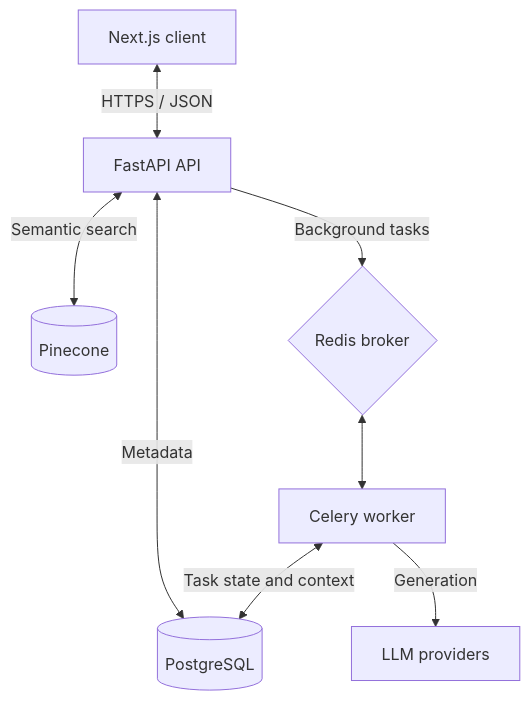
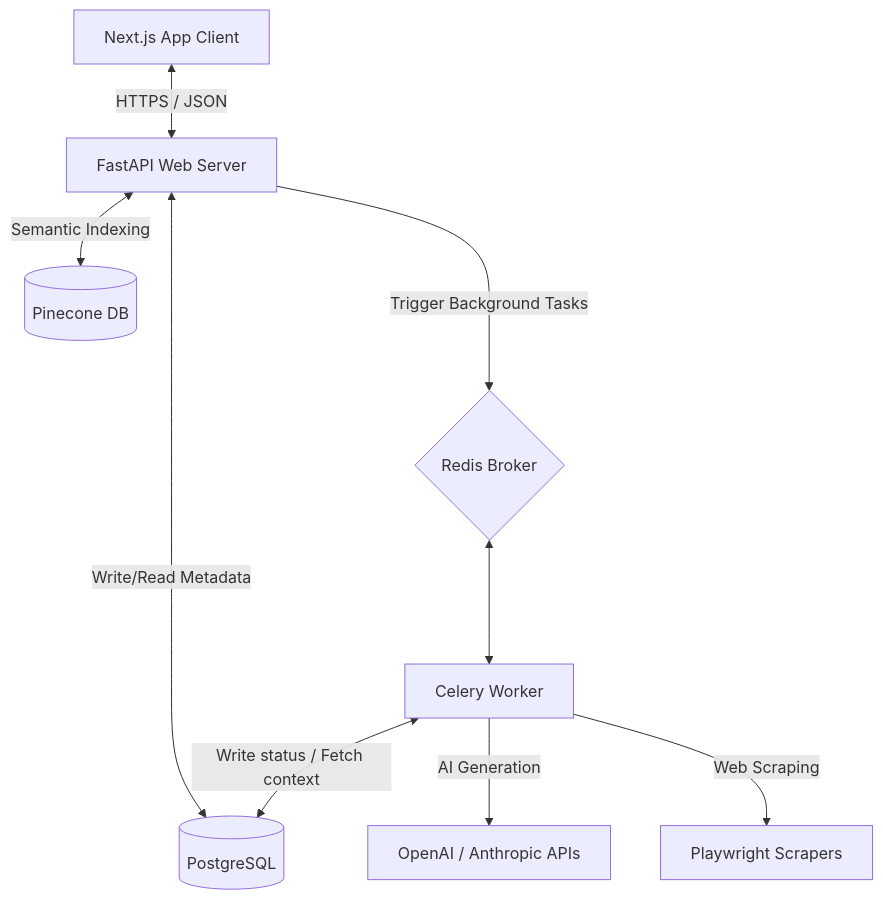
The diagram in README.md (Vaibhavtiwari-dev/eurogrant-ai), drawn with Mermaid before and after one commit. The commit also changed other lines of this file, not shown here.

````diff
--- a/README.md
+++ b/README.md
@@ -34,10 +34,11 @@
 ```mermaid
 graph TD
-    Client[Next.js client] <-->|HTTPS / JSON| API[FastAPI API]
-    API <-->|Metadata| DB[(PostgreSQL)]
-    API <-->|Semantic search| VectorDB[(Pinecone)]
-    API -->|Background tasks| Redis{Redis broker}
-    Redis <--> Worker[Celery worker]
-    Worker <-->|Task state and context| DB
-    Worker -->|Generation| LLM[LLM providers]
+    Client[Next.js App Client] <-->|HTTPS / JSON| API[FastAPI Web Server]
+    API <-->|Write/Read Metadata| DB[(PostgreSQL)]
+    API <-->|Semantic Indexing| VectorDB[(Pinecone DB)]
+    API --->|Trigger Background Tasks| Redis{Redis Broker}
+    Redis <---> Worker[Celery Worker]
+    Worker <-->|Write status / Fetch context| DB
+    Worker -->|AI Generation| LLM[OpenAI / Anthropic APIs]
+    Worker -->|Web Scraping| Scraper[Playwright Scrapers]
 ```
````
